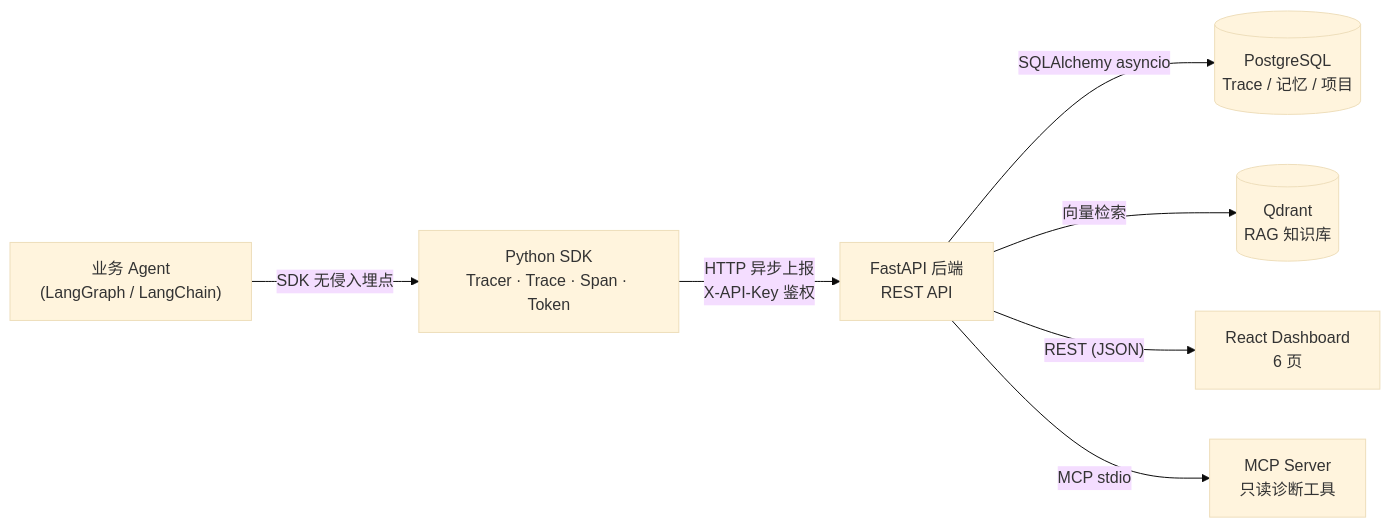
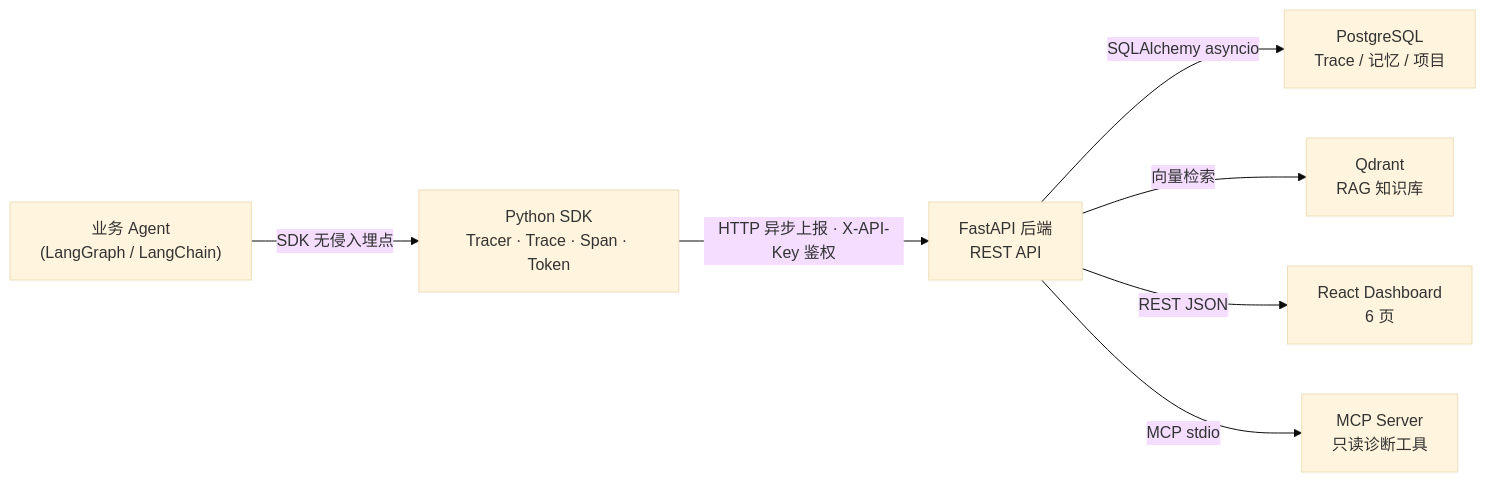
Before and after one commit to lihanyu1715446406-afk/AgentTrace: the first of 2 diagrams in README.md, drawn with Mermaid (base theme). The commit also changed other lines of this file, not shown here.

Commit message:
docs: 增加项目背景与项目介绍，修复 Mermaid 架构图渲染

````diff
--- a/README.md
+++ b/README.md
@@ -22,9 +49,9 @@
 ```mermaid
 flowchart LR
     Agent["业务 Agent<br/>(LangGraph / LangChain)"] -->|"SDK 无侵入埋点"| SDK["Python SDK<br/>Tracer · Trace · Span · Token"]
-    SDK -->|"HTTP 异步上报<br/>X-API-Key 鉴权"| Backend["FastAPI 后端<br/>REST API"]
-    Backend -->|"SQLAlchemy asyncio"| PG[("PostgreSQL<br/>Trace / 记忆 / 项目")]
-    Backend -->|"向量检索"| QD[("Qdrant<br/>RAG 知识库")]
-    Backend -->|"REST (JSON)"| Web["React Dashboard<br/>6 页"]
+    SDK -->|"HTTP 异步上报 · X-API-Key 鉴权"| Backend["FastAPI 后端<br/>REST API"]
+    Backend -->|"SQLAlchemy asyncio"| PG["PostgreSQL<br/>Trace / 记忆 / 项目"]
+    Backend -->|"向量检索"| QD["Qdrant<br/>RAG 知识库"]
+    Backend -->|"REST JSON"| Web["React Dashboard<br/>6 页"]
     Backend -->|"MCP stdio"| MCPS["MCP Server<br/>只读诊断工具"]
 ```
````
